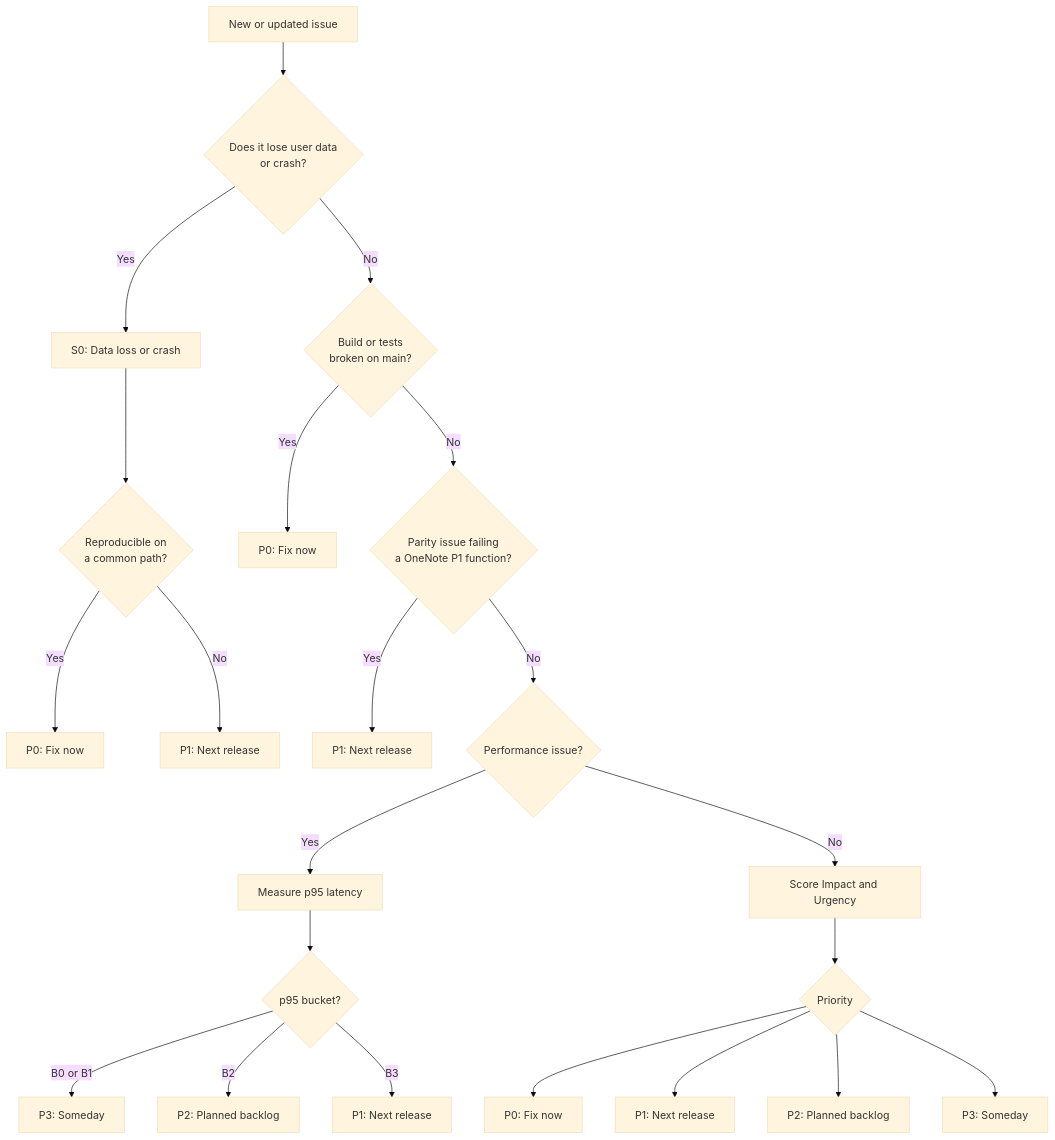
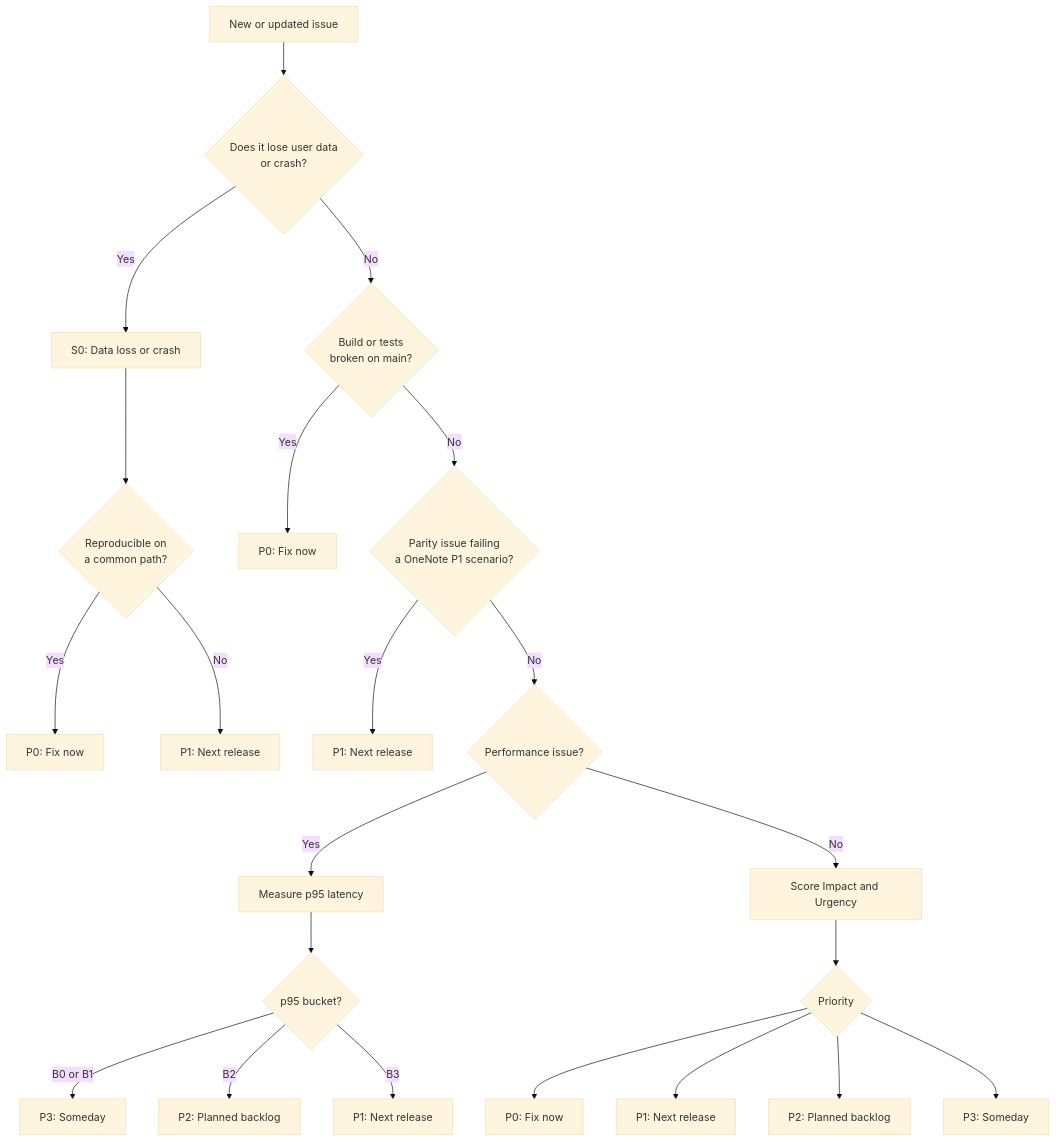
The second of 3 diagrams in docs/prioritization.md (AlienTechSoftware/notecraft), drawn with Mermaid (base theme) before and after one commit. The commit also changed other lines of this file, not shown here.

Commit message:
docs: P1 in OneNote means P1 in NoteCraft, no assumed P1 list

````diff
--- a/docs/prioritization.md
+++ b/docs/prioritization.md
@@ -202,24 +202,24 @@
 ```mermaid
 flowchart TD
     A["New or updated issue"] --> B{"Does it lose user data<br/>or crash?"}
     B -->|Yes| C["S0: Data loss or crash"]
     C --> D{"Reproducible on<br/>a common path?"}
     D -->|Yes| P0["P0: Fix now"]
     D -->|No| P1a["P1: Next release"]
     B -->|No| B2{"Build or tests<br/>broken on main?"}
     B2 -->|Yes| P0c["P0: Fix now"]
-    B2 -->|No| E{"Parity issue failing<br/>a OneNote P1 function?"}
+    B2 -->|No| E{"Parity issue failing<br/>a OneNote P1 scenario?"}
     E -->|Yes| P1b["P1: Next release"]
     E -->|No| F{"Performance issue?"}
     F -->|Yes| G["Measure p95 latency"]
     G --> H{"p95 bucket?"}
     H -->|B0 or B1| P3a["P3: Someday"]
     H -->|B2| P2["P2: Planned backlog"]
     H -->|B3| P1c["P1: Next release"]
     F -->|No| I["Score Impact and Urgency"]
     I --> J{"Priority"}
     J --> P0b["P0: Fix now"]
     J --> P1d["P1: Next release"]
     J --> P2b["P2: Planned backlog"]
     J --> P3b["P3: Someday"]
 ```
````
